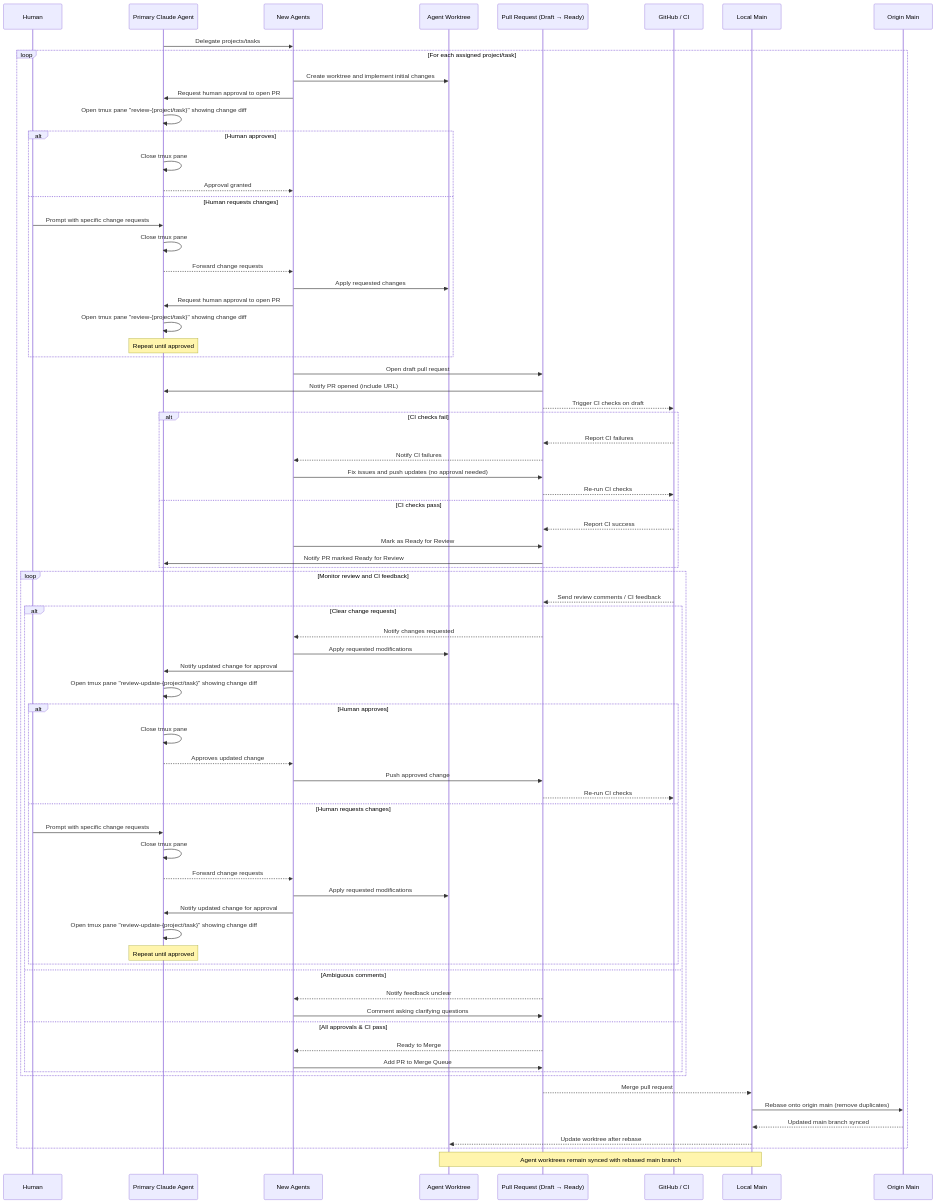
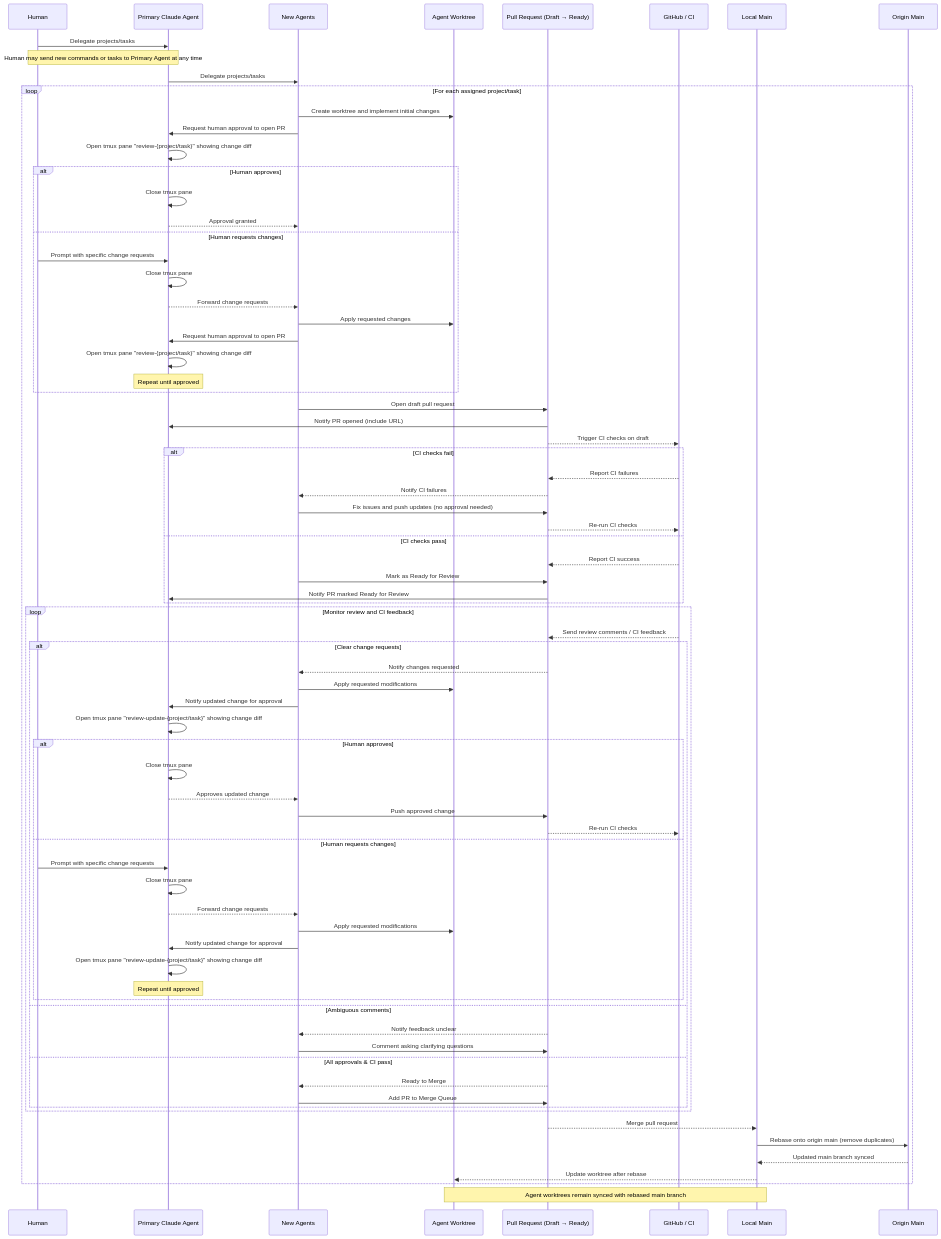
One commit to evanisnor/dispatch changed the diagram in WORKFLOW.md. Above: the diagram before and after it, drawn with Mermaid.

Commit message:
Show Human can initiate and delegate to Primary Agent at any time

```diff
--- a/WORKFLOW.md
+++ b/WORKFLOW.md
@@ -11,6 +11,8 @@
     participant LocalMain as Local Main
     participant OriginMain as Origin Main
 
+    Human->>PrimaryAgent: Delegate projects/tasks
+    Note over Human,PrimaryAgent: Human may send new commands or tasks to Primary Agent at any time
     PrimaryAgent->>NewAgent: Delegate projects/tasks
     loop For each assigned project/task
         NewAgent->>Worktree: Create worktree and implement initial changes
```
